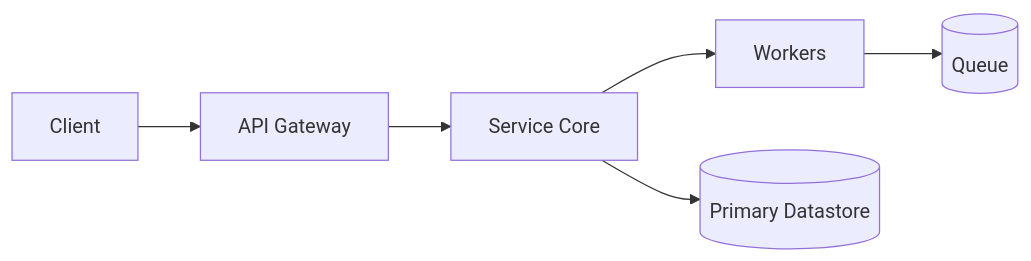
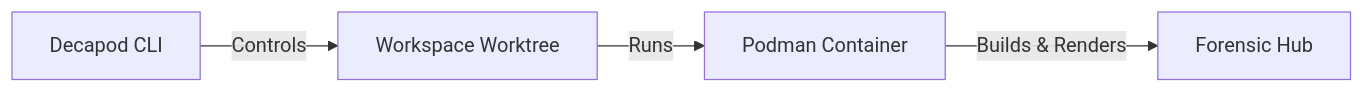
The second of 3 diagrams in .decapod/generated/specs/ARCHITECTURE.md (alexhraber/agentic-sdlc-intake-attack), drawn with Mermaid before and after one commit. The commit also changed other lines of this file and 8 other files, not shown here.

````diff
--- a/.decapod/generated/specs/ARCHITECTURE.md
+++ b/.decapod/generated/specs/ARCHITECTURE.md
@@ -34,8 +44,6 @@
 ```mermaid
 flowchart LR
-  C[Client] --> G[API Gateway]
-  G --> S[Service Core]
-  S --> W[Workers]
-  S --> DB[(Primary Datastore)]
-  W --> Q[(Queue)]
+  D[Decapod CLI] --> |Controls| W[Workspace Worktree]
+  W --> |Runs| C[Podman Container]
+  C --> |Builds & Renders| N[Forensic Hub]
 ```
````
